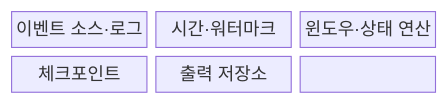
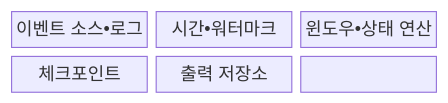
One commit to agnusdei1207/knowledge-base changed the first of 2 diagrams in src/content/docs/notes/08-latest-tech/195_real_time_streaming.md. Above: the diagram before and after it, drawn with Mermaid. The commit also changed other lines of this file and 953 other files, not shown here.

````diff
--- a/src/content/docs/notes/08-latest-tech/195_real_time_streaming.md
+++ b/src/content/docs/notes/08-latest-tech/195_real_time_streaming.md
@@ -69,11 +69,11 @@
 ```mermaid
 block-beta
   columns 3
-  N0["이벤트 소스·로그"]
-  N1["시간·워터마크"]
-  N2["윈도우·상태 연산"]
+  N0["이벤트 소스•로그"]
+  N1["시간•워터마크"]
+  N2["윈도우•상태 연산"]
   N3["체크포인트"]
   N4["출력 저장소"]
   N0 --- N1 --- N2
   N2 --- N3 --- N4
 ```
````
